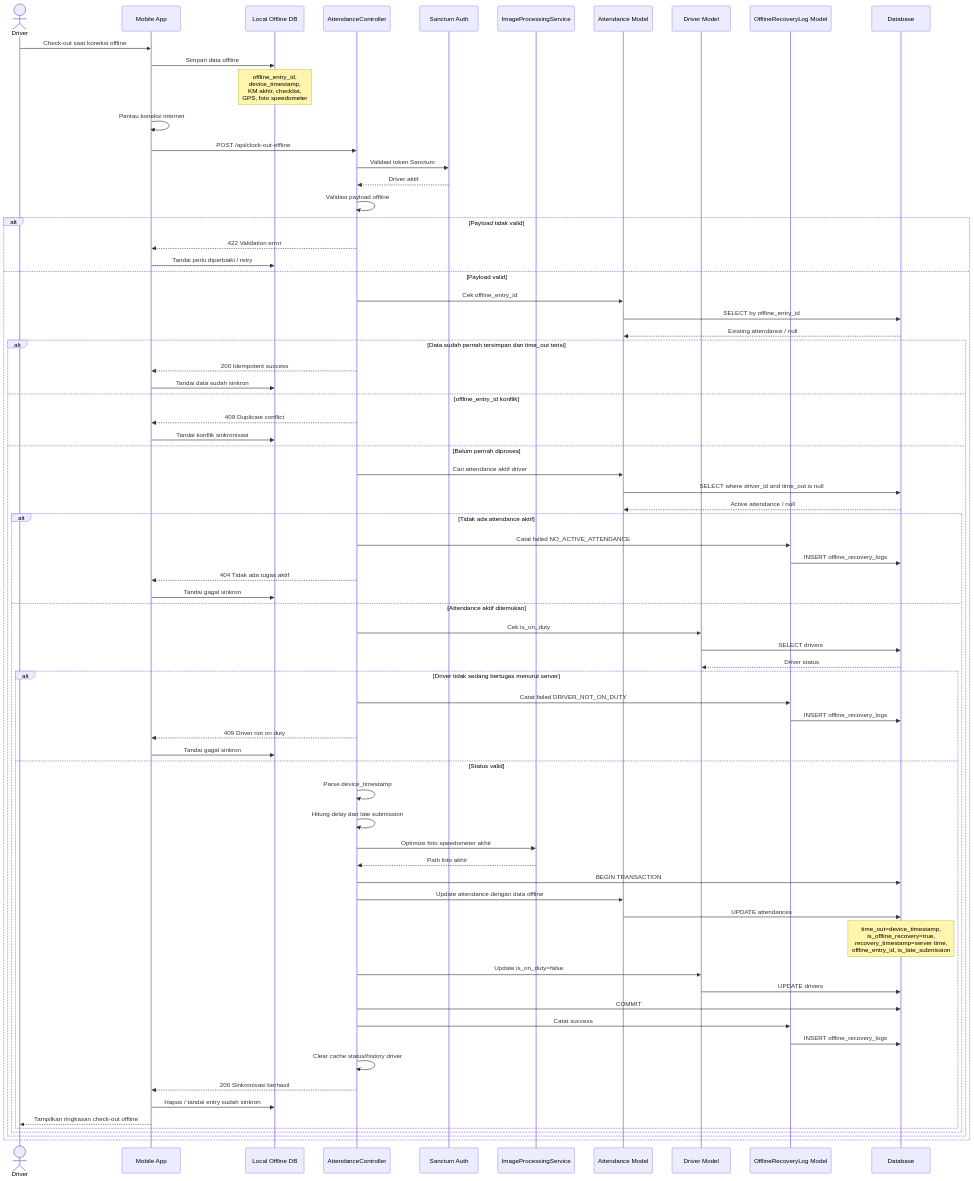
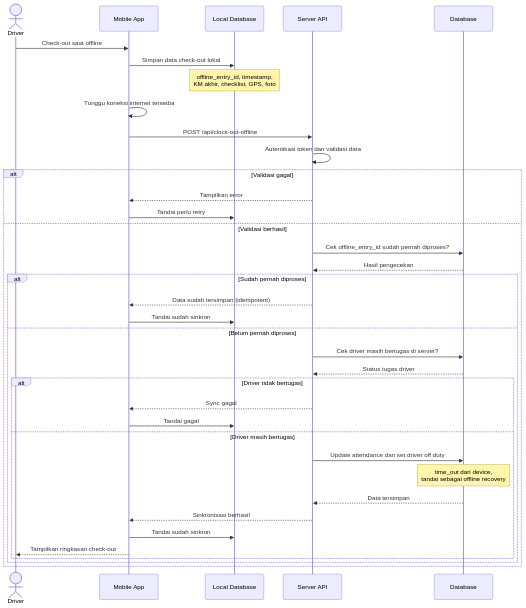
Before and after one commit to rohandev19/Absen-Driver: the fourth of 4 diagrams in docs/sequence_diagram_absensi_core.md, drawn with Mermaid. The commit also changed other lines of this file and 43 other files, not shown here.

Commit message:
feat: update company name to PT Hamada Global Jaya and optimize QR verification payload with HMAC

```diff
--- a/docs/sequence_diagram_absensi_core.md
+++ b/docs/sequence_diagram_absensi_core.md
@@ -229,81 +137,42 @@
 sequenceDiagram
     actor Driver
     participant App as Mobile App
-    participant LocalDB as Local Offline DB
-    participant API as AttendanceController
-    participant Auth as Sanctum Auth
-    participant ImageSvc as ImageProcessingService
-    participant Attendance as Attendance Model
-    participant DriverModel as Driver Model
-    participant RecoveryLog as OfflineRecoveryLog Model
+    participant LocalDB as Local Database
+    participant API as Server API
     participant DB as Database
 
-    Driver->>App: Check-out saat koneksi offline
-    App->>LocalDB: Simpan data offline
-    Note over LocalDB: offline_entry_id,<br/>device_timestamp,<br/>KM akhir, checklist,<br/>GPS, foto speedometer
+    Driver->>App: Check-out saat offline
+    App->>LocalDB: Simpan data check-out lokal
+    Note over LocalDB: offline_entry_id, timestamp,<br/>KM akhir, checklist, GPS, foto
 
-    App->>App: Pantau koneksi internet
+    App->>App: Tunggu koneksi internet tersedia
     App->>API: POST /api/clock-out-offline
-    API->>Auth: Validasi token Sanctum
-    Auth-->>API: Driver aktif
-    API->>API: Validasi payload offline
+    API->>API: Autentikasi token dan validasi data
 
-    alt Payload tidak valid
-        API-->>App: 422 Validation error
-        App->>LocalDB: Tandai perlu diperbaiki / retry
-    else Payload valid
-        API->>Attendance: Cek offline_entry_id
-        Attendance->>DB: SELECT by offline_entry_id
-        DB-->>Attendance: Existing attendance / null
+    alt Validasi gagal
+        API-->>App: Tampilkan error
+        App->>LocalDB: Tandai perlu retry
+    else Validasi berhasil
+        API->>DB: Cek offline_entry_id sudah pernah diproses?
+        DB-->>API: Hasil pengecekan
 
-        alt Data sudah pernah tersimpan dan time_out terisi
-            API-->>App: 200 Idempotent success
-            App->>LocalDB: Tandai data sudah sinkron
-        else offline_entry_id konflik
-            API-->>App: 409 Duplicate conflict
-            App->>LocalDB: Tandai konflik sinkronisasi
+        alt Sudah pernah diproses
+            API-->>App: Data sudah tersimpan (idempotent)
+            App->>LocalDB: Tandai sudah sinkron
         else Belum pernah diproses
-            API->>Attendance: Cari attendance aktif driver
-            Attendance->>DB: SELECT where driver_id and time_out is null
-            DB-->>Attendance: Active attendance / null
+            API->>DB: Cek driver masih bertugas di server?
+            DB-->>API: Status tugas driver
 
-            alt Tidak ada attendance aktif
-                API->>RecoveryLog: Catat failed NO_ACTIVE_ATTENDANCE
-                RecoveryLog->>DB: INSERT offline_recovery_logs
-                API-->>App: 404 Tidak ada tugas aktif
-                App->>LocalDB: Tandai gagal sinkron
-            else Attendance aktif ditemukan
-                API->>DriverModel: Cek is_on_duty
-                DriverModel->>DB: SELECT drivers
-                DB-->>DriverModel: Driver status
-
-                alt Driver tidak sedang bertugas menurut server
-                    API->>RecoveryLog: Catat failed DRIVER_NOT_ON_DUTY
-                    RecoveryLog->>DB: INSERT offline_recovery_logs
-                    API-->>App: 409 Driver not on duty
-                    App->>LocalDB: Tandai gagal sinkron
-                else Status valid
-                    API->>API: Parse device_timestamp
-                    API->>API: Hitung delay dan late submission
-                    API->>ImageSvc: Optimize foto speedometer akhir
-                    ImageSvc-->>API: Path foto akhir
-
-                    API->>DB: BEGIN TRANSACTION
-                    API->>Attendance: Update attendance dengan data offline
-                    Attendance->>DB: UPDATE attendances
-                    Note over DB: time_out=device_timestamp,<br/>is_offline_recovery=true,<br/>recovery_timestamp=server time,<br/>offline_entry_id, is_late_submission
-
-                    API->>DriverModel: Update is_on_duty=false
-                    DriverModel->>DB: UPDATE drivers
-                    API->>DB: COMMIT
-
-                    API->>RecoveryLog: Catat success
-                    RecoveryLog->>DB: INSERT offline_recovery_logs
-                    API->>API: Clear cache status/history driver
-                    API-->>App: 200 Sinkronisasi berhasil
-                    App->>LocalDB: Hapus / tandai entry sudah sinkron
-                    App-->>Driver: Tampilkan ringkasan check-out offline
-                end
+            alt Driver tidak bertugas
+                API-->>App: Sync gagal
+                App->>LocalDB: Tandai gagal
+            else Driver masih bertugas
+                API->>DB: Update attendance dan set driver off duty
+                Note over DB: time_out dari device,<br/>tandai sebagai offline recovery
+                DB-->>API: Data tersimpan
+                API-->>App: Sinkronisasi berhasil
+                App->>LocalDB: Tandai sudah sinkron
+                App-->>Driver: Tampilkan ringkasan check-out
             end
         end
     end
```
